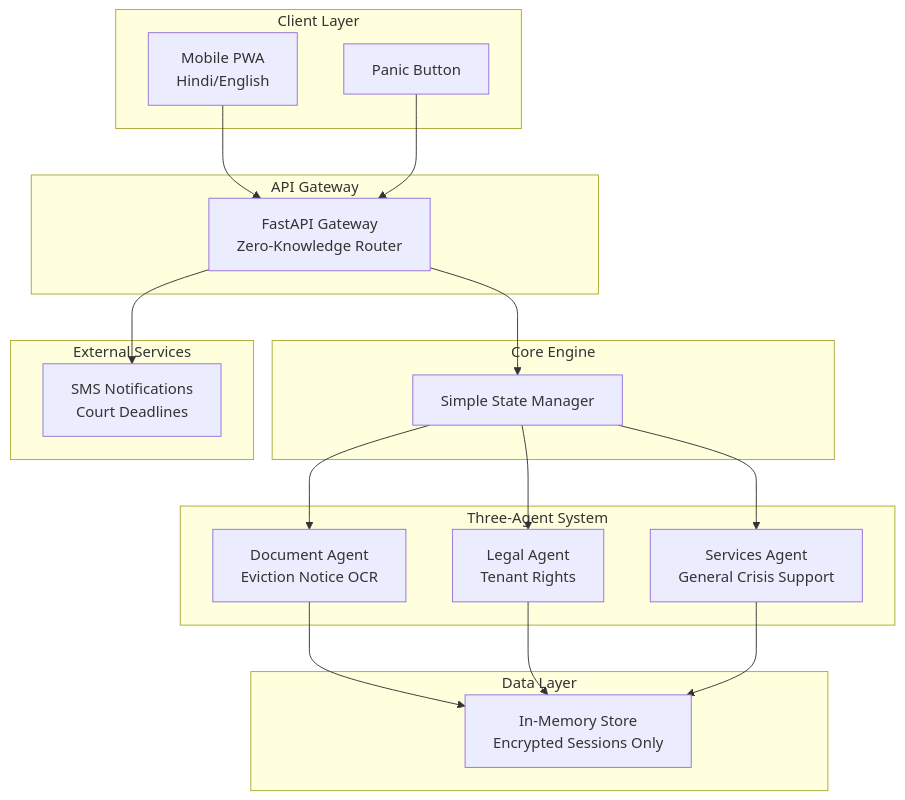
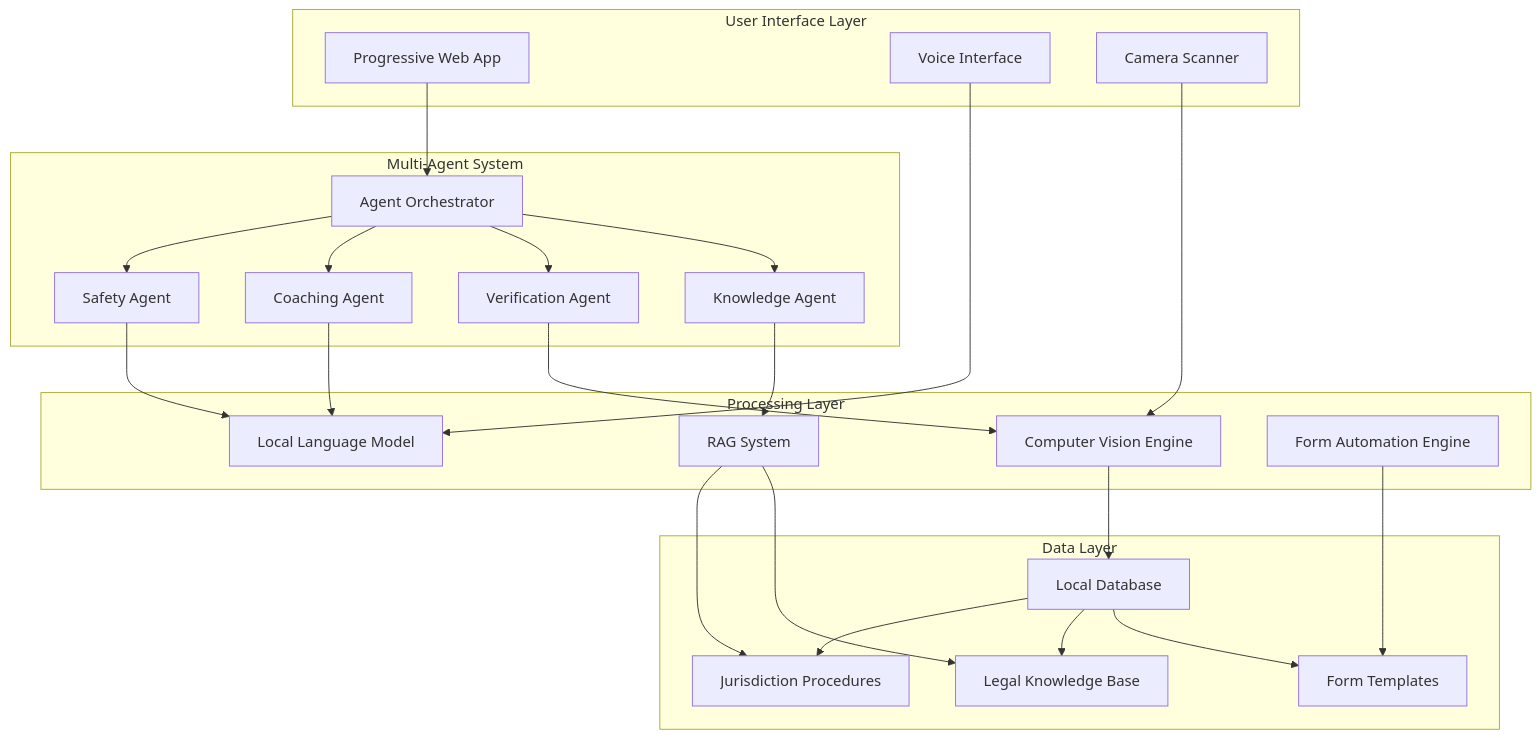
The first of 4 diagrams in design.md (Udit-H/Hack2Skill), drawn with Mermaid before and after one commit. The commit also changed other lines of this file and 3 other files, not shown here.

````diff
--- a/design.md
+++ b/design.md
@@ -13,42 +13,53 @@
 ```mermaid
 graph TB
-    subgraph "Client Layer"
-        PWA[Mobile PWA<br/>Hindi/English]
-        Panic[Panic Button]
+    subgraph "User Interface Layer"
+        PWA[Progressive Web App]
+        Voice[Voice Interface]
+        Camera[Camera Scanner]
     end
     
-    subgraph "API Gateway"
-        Gateway[FastAPI Gateway<br/>Zero-Knowledge Router]
+    subgraph "Multi-Agent System"
+        Orchestrator[Agent Orchestrator]
+        Knowledge[Knowledge Agent]
+        Verification[Verification Agent]
+        Coaching[Coaching Agent]
+        Safety[Safety Agent]
     end
     
-    subgraph "Core Engine"
-        Orchestrator[Simple State Manager]
-    end
-    
-    subgraph "Three-Agent System"
-        DocAgent[Document Agent<br/>Eviction Notice OCR]
-        LegalAgent[Legal Agent<br/>Tenant Rights]
-        ServicesAgent[Services Agent<br/>General Crisis Support]
+    subgraph "Processing Layer"
+        CV[Computer Vision Engine]
+        LLM[Local Language Model]
+        RAG[RAG System]
+        Forms[Form Automation Engine]
     end
     
     subgraph "Data Layer"
-        Memory[In-Memory Store<br/>Encrypted Sessions Only]
+        LocalDB[Local Database]
+        Templates[Form Templates]
+        Legal[Legal Knowledge Base]
+        Procedures[Jurisdiction Procedures]
     end
     
-    subgraph "External Services"
-        SMS[SMS Notifications<br/>Court Deadlines]
-    end
+    PWA --> Orchestrator
+    Voice --> LLM
+    Camera --> CV
     
-    PWA --> Gateway
-    Panic --> Gateway
-    Gateway --> Orchestrator
-    Orchestrator --> DocAgent
-    Orchestrator --> LegalAgent
-    Orchestrator --> ServicesAgent
+    Orchestrator --> Knowledge
+    Orchestrator --> Verification
+    Orchestrator --> Coaching
+    Orchestrator --> Safety
     
-    DocAgent --> Memory
-    LegalAgent --> Memory
-    ServicesAgent --> Memory
+    Knowledge --> RAG
+    Verification --> CV
+    Coaching --> LLM
+    Safety --> LLM
     
-    Gateway --> SMS
+    CV --> LocalDB
+    RAG --> Legal
+    RAG --> Procedures
+    Forms --> Templates
+    
+    LocalDB --> Templates
+    LocalDB --> Legal
+    LocalDB --> Procedures
 ```
````
